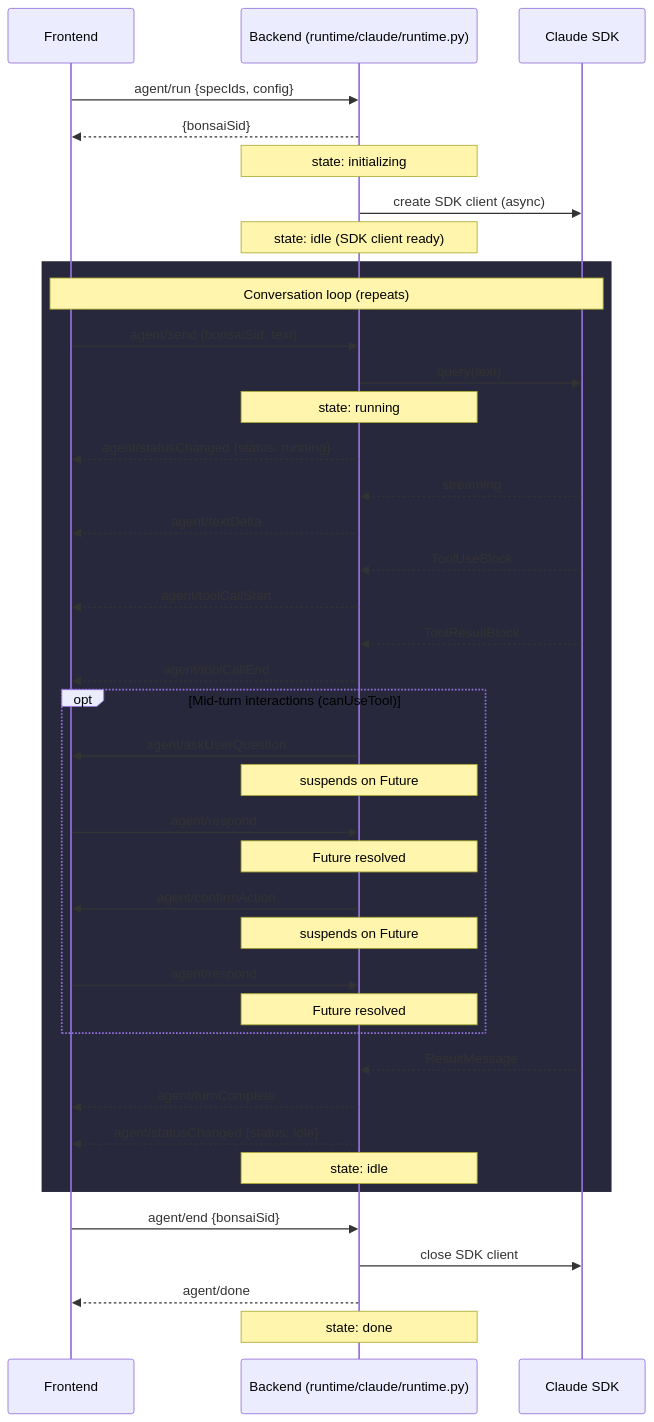
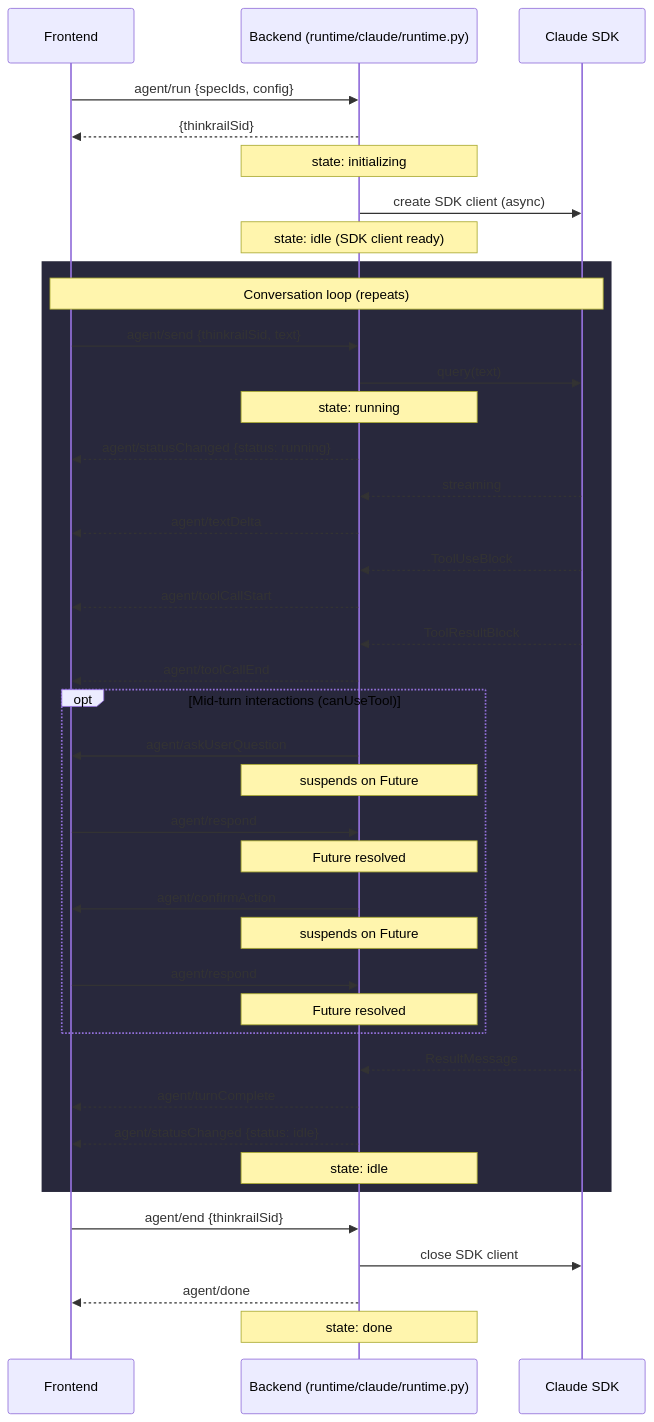
The second of 5 diagrams in backend/app/agent/README.md (JetBrains/thinkrail), drawn with Mermaid before and after one commit. The commit also changed other lines of this file and 372 other files, not shown here.

````diff
--- a/backend/app/agent/README.md
+++ b/backend/app/agent/README.md
@@ -80,48 +80,48 @@
 ```mermaid
 sequenceDiagram
     participant F as Frontend
     participant B as Backend (runtime/claude/runtime.py)
     participant S as Claude SDK
 
     F->>B: agent/run {specIds, config}
-    B-->>F: {bonsaiSid}
+    B-->>F: {thinkrailSid}
     Note over B: state: initializing
     B->>S: create SDK client (async)
     Note over B: state: idle (SDK client ready)
 
     rect rgb(40, 40, 60)
         Note over F,S: Conversation loop (repeats)
 
-        F->>B: agent/send {bonsaiSid, text}
+        F->>B: agent/send {thinkrailSid, text}
         B->>S: query(text)
         Note over B: state: running
         B-->>F: agent/statusChanged {status: running}
         S-->>B: streaming
         B-->>F: agent/textDelta
         S-->>B: ToolUseBlock
         B-->>F: agent/toolCallStart
         S-->>B: ToolResultBlock
         B-->>F: agent/toolCallEnd
 
         opt Mid-turn interactions (canUseTool)
             B->>F: agent/askUserQuestion
             Note over B: suspends on Future
             F->>B: agent/respond
             Note over B: Future resolved
             B->>F: agent/confirmAction
             Note over B: suspends on Future
             F->>B: agent/respond
             Note over B: Future resolved
         end
 
         S-->>B: ResultMessage
         B-->>F: agent/turnComplete
         B-->>F: agent/statusChanged {status: idle}
         Note over B: state: idle
     end
 
-    F->>B: agent/end {bonsaiSid}
+    F->>B: agent/end {thinkrailSid}
     B->>S: close SDK client
     B-->>F: agent/done
     Note over B: state: done
 ```
````
